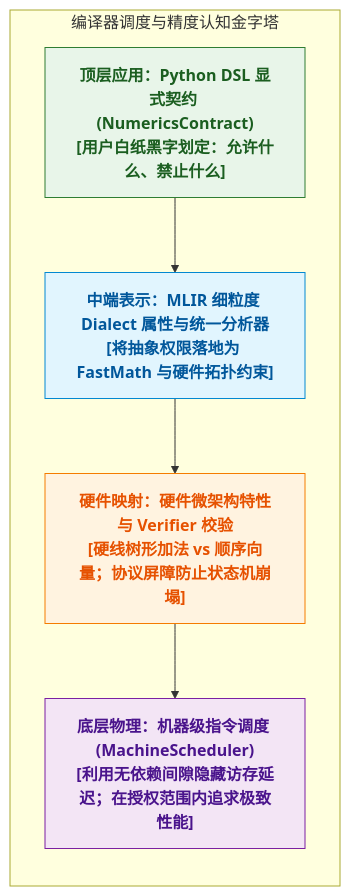
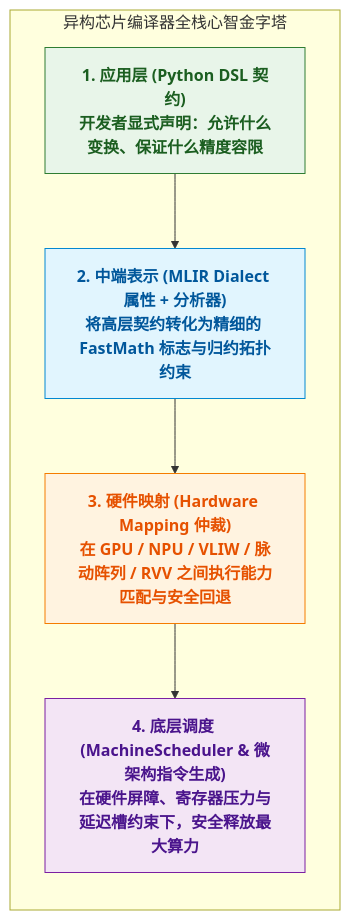
Before and after one commit to hqu-little-boy/blog: diagram 16 of 16 in src/content/posts/compiler-instruction-scheduling-and-numerical-semantics-contract-guide.md, drawn with Mermaid. The commit also changed other lines of this file, not shown here.

Commit message:
feat: expand compiler scheduling guide to cover 6 heterogeneous accelerator architectures (GPU/VLIW/DSP/Systolic/CGRA/RVV)

````diff
--- a/src/content/posts/compiler-instruction-scheduling-and-numerical-semantics-contract-guide.md
+++ b/src/content/posts/compiler-instruction-scheduling-and-numerical-semantics-contract-guide.md
@@ -834,19 +893,17 @@
 ```mermaid
 flowchart TD
-    subgraph Pyramid ["编译器调度与精度认知金字塔"]
+    subgraph MindModel ["异构芯片编译器全栈心智金字塔"]
         direction TB
-        p1["顶层应用：Python DSL 显式契约 (NumericsContract)\n[用户白纸黑字划定：允许什么、禁止什么]"]
-        p2["中端表示：MLIR 细粒度 Dialect 属性与统一分析器\n[将抽象权限落地为 FastMath 与硬件拓扑约束]"]
-        p3["硬件映射：硬件微架构特性与 Verifier 校验\n[硬线树形加法 vs 顺序向量；协议屏障防止状态机崩塌]"]
-        p4["底层物理：机器级指令调度 (MachineScheduler)\n[利用无依赖间隙隐藏访存延迟；在授权范围内追求极致性能]"]
+        l1["1. 应用层 (Python DSL 契约)\n开发者显式声明：允许什么变换、保证什么精度容限"]
+        l2["2. 中端表示 (MLIR Dialect 属性 + 分析器)\n将高层契约转化为精细的 FastMath 标志与归约拓扑约束"]
+        l3["3. 硬件映射 (Hardware Mapping 仲裁)\n在 GPU / NPU / VLIW / 脉动阵列 / RVV 之间执行能力匹配与安全回退"]
+        l4["4. 底层调度 (MachineScheduler & 微架构指令生成)\n在硬件屏障、寄存器压力与延迟槽约束下，安全释放最大算力"]
 
-        p1 --> p2
-        p2 --> p3
-        p3 --> p4
+        l1 --> l2 --> l3 --> l4
     end
 
-    style p1 fill:#e8f5e9,stroke:#2e7d32,color:#1b5e20,font-weight:bold
-    style p2 fill:#e1f5fe,stroke:#0288d1,color:#01579b,font-weight:bold
-    style p3 fill:#fff3e0,stroke:#f57c00,color:#e65100,font-weight:bold
-    style p4 fill:#f3e5f5,stroke:#7b1fa2,color:#4a148c,font-weight:bold
+    style l1 fill:#e8f5e9,stroke:#2e7d32,color:#1b5e20,font-weight:bold
+    style l2 fill:#e1f5fe,stroke:#0288d1,color:#01579b,font-weight:bold
+    style l3 fill:#fff3e0,stroke:#f57c00,color:#e65100,font-weight:bold
+    style l4 fill:#f3e5f5,stroke:#7b1fa2,color:#4a148c,font-weight:bold
 ```
````
